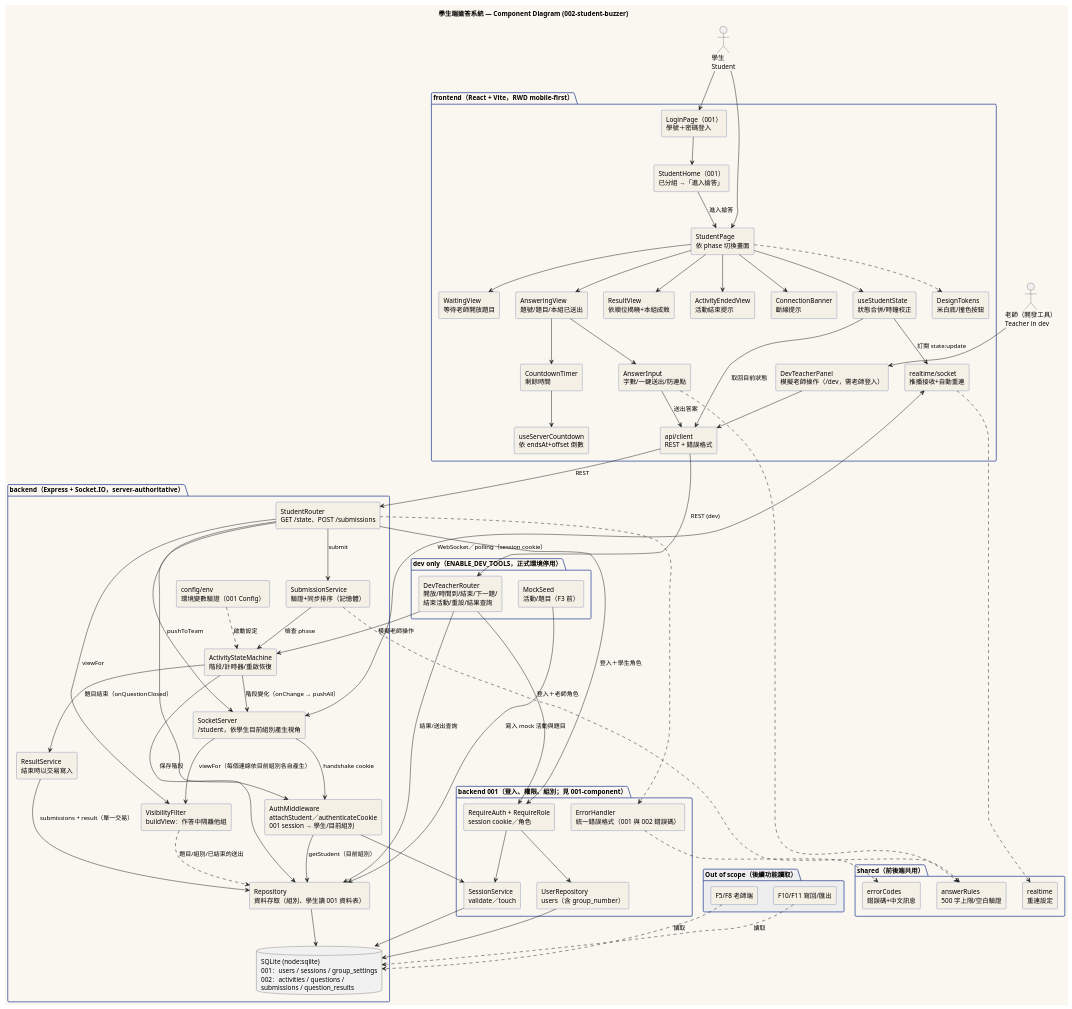
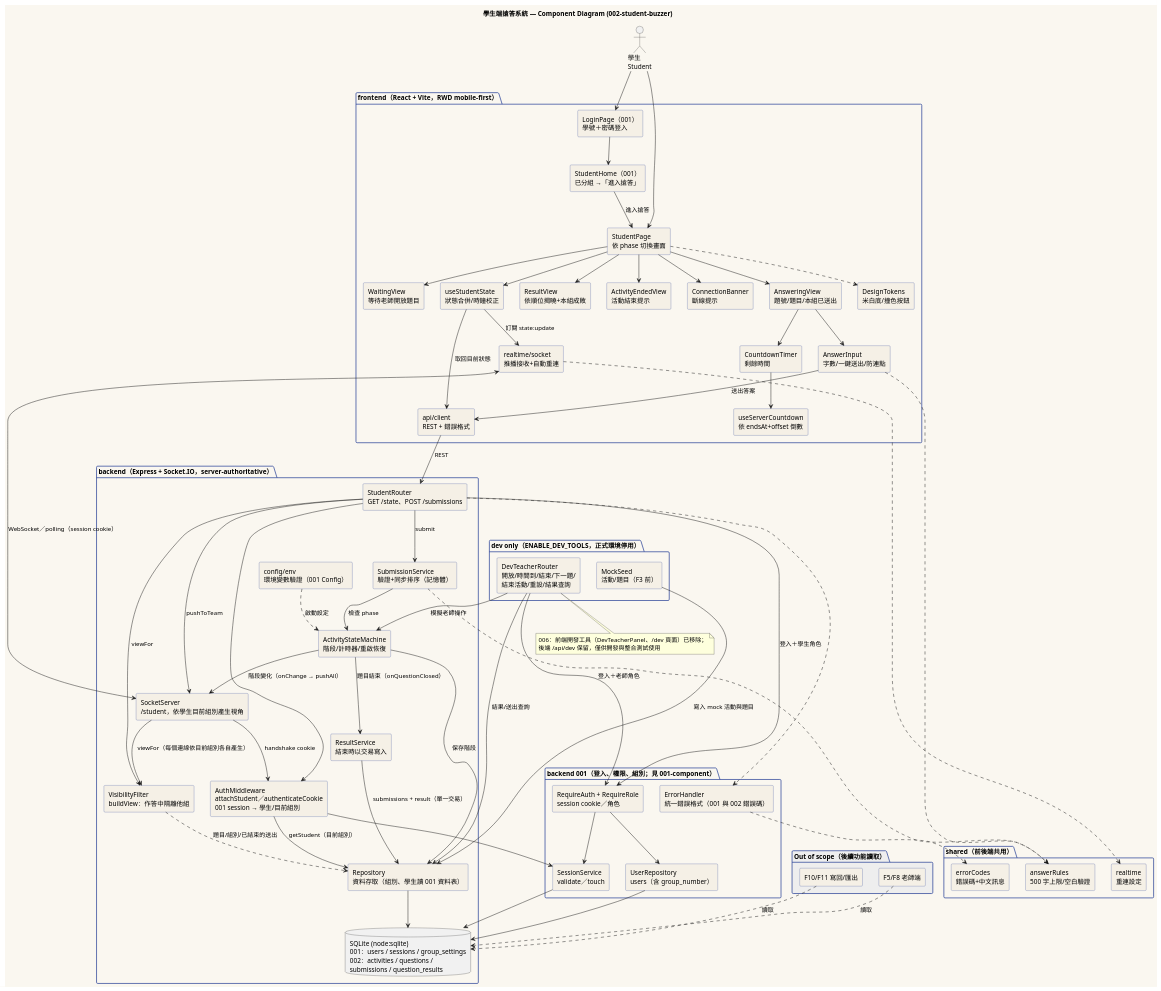
One commit to Ennn-1023/SE_project changed the diagram in diagrams/student-component.puml. Above: the diagram before and after it, drawn with PlantUML. The commit also changed 55 other files, not shown here.

```diff
--- a/diagrams/student-component.puml
+++ b/diagrams/student-component.puml
@@ -1,130 +1,129 @@
 @startuml student-component
 title 學生端搶答系統 — Component Diagram (002-student-buzzer)
 skinparam defaultFontName "Microsoft JhengHei"
 skinparam backgroundColor #FAF7F0
 skinparam componentStyle rectangle
 skinparam component {
   BackgroundColor #F5F0E6
   BorderColor #1F3A93
 }
 skinparam package {
   BorderColor #1F3A93
 }
 
 actor "學生\nStudent" as Student
-actor "老師（開發工具）\nTeacher in dev" as Dev
 
 package "frontend（React + Vite，RWD mobile-first）" {
   [StudentPage\n依 phase 切換畫面] as Page
   [WaitingView\n等待老師開放題目] as Waiting
   [AnsweringView\n題號/題目/本組已送出] as Answering
   [CountdownTimer\n剩餘時間] as Timer
   [AnswerInput\n字數/一鍵送出/防連點] as Input
   [ResultView\n依順位揭曉+本組成敗] as Result
   [ActivityEndedView\n活動結束提示] as Ended
   [ConnectionBanner\n斷線提示] as Banner
   [useStudentState\n狀態合併/時鐘校正] as StateHook
   [useServerCountdown\n依 endsAt+offset 倒數] as CountHook
   [api/client\nREST + 錯誤格式] as ApiClient
   [realtime/socket\n推播接收+自動重連] as RtClient
   [DesignTokens\n米白底/撞色按鈕] as Tokens
-  [DevTeacherPanel\n模擬老師操作（/dev，需老師登入）] as DevPanel
   [StudentHome（001）\n已分組 →「進入搶答」] as Home
   [LoginPage（001）\n學號＋密碼登入] as Login
 }
 
 package "shared（前後端共用）" {
   [answerRules\n500 字上限/空白驗證] as Rules
   [errorCodes\n錯誤碼+中文訊息] as Codes
   [realtime\n重連設定] as RtCfg
 }
 
 package "backend 001（登入、權限、組別；見 001-component）" {
   [RequireAuth + RequireRole\nsession cookie／角色] as Guard
   [SessionService\nvalidate／touch] as Sessions
   [UserRepository\nusers（含 group_number）] as Users
   [ErrorHandler\n統一錯誤格式（001 與 002 錯誤碼）] as ErrH
 }
 
 package "backend（Express + Socket.IO，server-authoritative）" {
   [config/env\n環境變數驗證（001 Config）] as Env
   [StudentRouter\nGET /state、POST /submissions] as StudentApi
   [AuthMiddleware\nattachStudent／authenticateCookie\n001 session → 學生/目前組別] as Auth
   [SocketServer\n/student，依學生目前組別產生視角] as Gateway
   [ActivityStateMachine\n階段/計時器/重啟恢復] as FSM
   [SubmissionService\n驗證+同步排序（記憶體）] as SubmitSvc
   [VisibilityFilter\nbuildView：作答中隔離他組] as Filter
   [ResultService\n結束時以交易寫入] as ResultSvc
   [Repository\n資料存取（組別、學生讀 001 資料表）] as Repo
   database "SQLite (node:sqlite)\n001：users / sessions / group_settings\n002：activities / questions /\nsubmissions / question_results" as Store
 }
 
 package "dev only（ENABLE_DEV_TOOLS，正式環境停用）" {
   [DevTeacherRouter\n開放/時間到/結束/下一題/\n結束活動/重設/結果查詢] as DevTeacher
   [MockSeed\n活動/題目（F3 前）] as Seed
 }
 
 package "Out of scope（後續功能讀取）" #EEEEEE {
   [F5/F8 老師端] as Teacher
   [F10/F11 寫回/匯出] as Export
 }
 
 Student --> Login
 Login --> Home
 Home --> Page : 進入搶答
 Student --> Page
 Page --> Waiting
 Page --> Answering
 Page --> Result
 Page --> Ended
 Page --> Banner
 Page --> StateHook
 Answering --> Timer
 Answering --> Input
 Timer --> CountHook
 Page ..> Tokens
 StateHook --> ApiClient : 取回目前狀態
 StateHook --> RtClient : 訂閱 state:update
 Input --> ApiClient : 送出答案
 Input ..> Rules
 RtClient ..> RtCfg
-Dev --> DevPanel
-DevPanel --> ApiClient
 
 ApiClient --> StudentApi : REST
-ApiClient --> DevTeacher : REST (dev)
 RtClient <--> Gateway : WebSocket／polling（session cookie）
 
 StudentApi --> Guard : 登入＋學生角色
 DevTeacher --> Guard : 登入＋老師角色
 Guard --> Sessions
 Guard --> Users
 StudentApi --> Auth
 Gateway --> Auth : handshake cookie
 Auth --> Sessions
 Auth --> Repo : getStudent（目前組別）
 StudentApi --> SubmitSvc : submit
 StudentApi --> Gateway : pushToTeam
 StudentApi --> Filter : viewFor
 Gateway --> Filter : viewFor（每個連線依目前組別各自產生）
 SubmitSvc --> FSM : 檢查 phase
 SubmitSvc ..> Rules
 FSM --> ResultSvc : 題目結束（onQuestionClosed）
 FSM --> Gateway : 階段變化（onChange → pushAll）
 FSM --> Repo : 保存階段
 ResultSvc --> Repo : submissions + result（單一交易）
 Filter ..> Repo : 題目/組別/已結束的送出
 Repo --> Store
 Users --> Store
 Sessions --> Store
 StudentApi ..> ErrH
 ErrH ..> Codes
 Env ..> FSM : 啟動設定
 
 DevTeacher --> FSM : 模擬老師操作
 DevTeacher --> Repo : 結果/送出查詢
 Seed --> Repo : 寫入 mock 活動與題目
 
 Teacher ..> Store : 讀取
 Export ..> Store : 讀取
+note bottom of DevTeacher
+  006：前端開發工具（DevTeacherPanel、/dev 頁面）已移除；
+  後端 /api/dev 保留，僅供開發與整合測試使用
+end note
 @enduml
```
